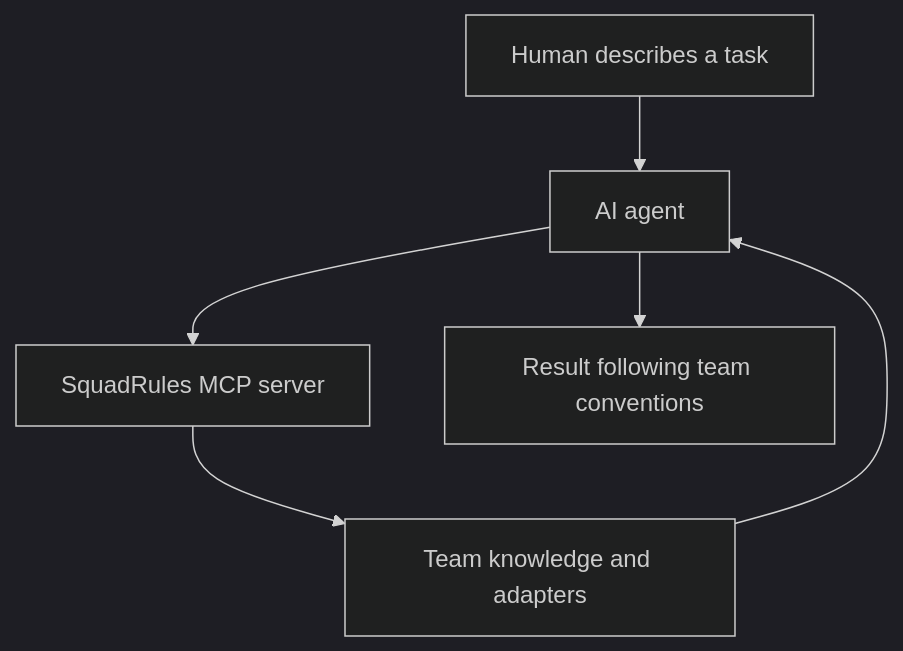
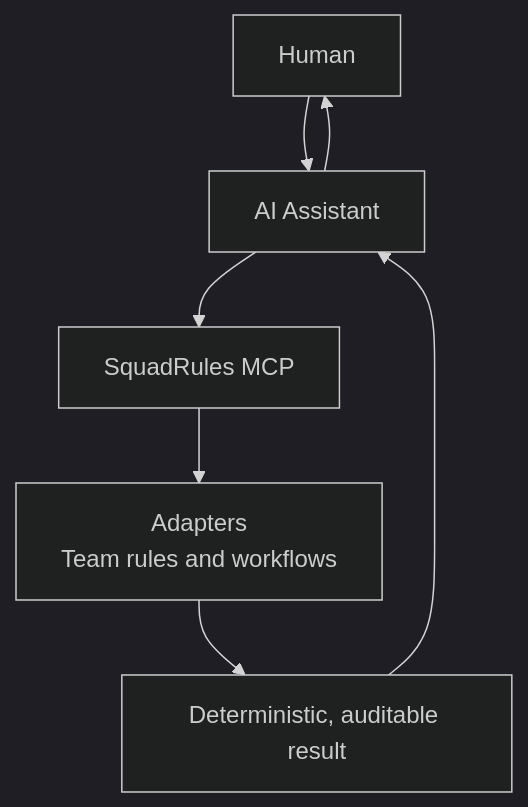
The first of 3 diagrams in .qoder/repowiki/en/content/Getting Started.md (SquadRules/mcp), drawn with Mermaid (dark theme) before and after one commit. The commit also changed other lines of this file and 553 other files, not shown here.

````diff
--- a/.qoder/repowiki/en/content/Getting Started.md
+++ b/.qoder/repowiki/en/content/Getting Started.md
@@ -49,8 +41,9 @@
 ```mermaid
 flowchart TD
-Human["Human describes a task"] --> Agent["AI agent"]
-Agent --> SquadRules["SquadRules MCP server"]
-SquadRules --> Memory["Team knowledge and adapters"]
-Memory --> Agent
-Agent --> Result["Result following team conventions"]
+Human["Human"] --> Agent["AI Assistant"]
+Agent --> SquadRules["SquadRules MCP"]
+SquadRules --> Adapters["Adapters<br/>Team rules and workflows"]
+Adapters --> Result["Deterministic, auditable result"]
+Result --> Agent
+Agent --> Human
 ```
````
